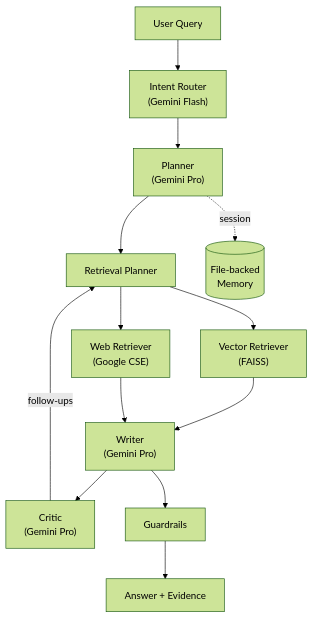
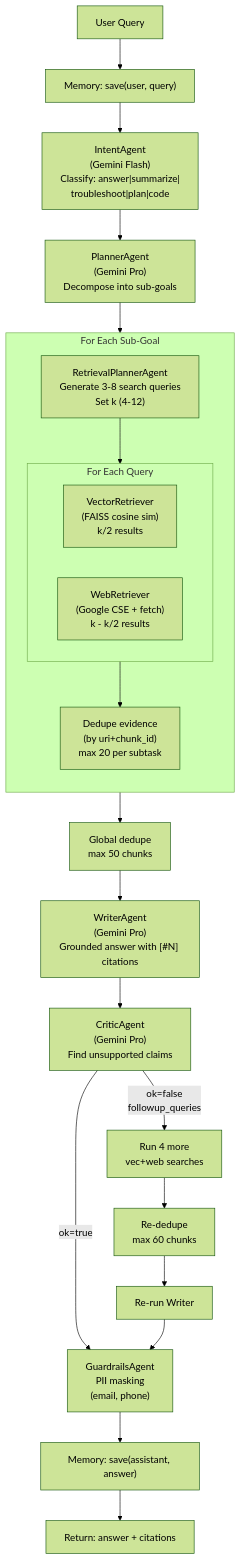
One commit to hoangsonww/Agentic-AI-Pipeline changed diagram 14 of 25 in ARCHITECTURE.md. Above: the diagram before and after it, drawn with Mermaid (forest theme). The commit also changed other lines of this file, not shown here.

First line of the commit message:
docs: enhance ARCHITECTURE.md with comprehensive pipeline documentation

````diff
--- a/ARCHITECTURE.md
+++ b/ARCHITECTURE.md
@@ -659,15 +765,37 @@
 ```mermaid
 flowchart TD
-    USER["User Query"] --> IR["Intent Router\n(Gemini Flash)"]
-    IR --> PLAN["Planner\n(Gemini Pro)"]
-    PLAN --> RP["Retrieval Planner"]
-    RP --> VR["Vector Retriever\n(FAISS)"]
-    RP --> WR["Web Retriever\n(Google CSE)"]
-    VR --> WRITER["Writer\n(Gemini Pro)"]
-    WR --> WRITER
-    WRITER --> CRITIC["Critic\n(Gemini Pro)"]
-    CRITIC -->|"follow-ups"| RP
-    WRITER --> GUARD["Guardrails"]
-    GUARD --> ANSWER["Answer + Evidence"]
-    PLAN -.->|"session"| MEM[("File-backed\nMemory")]
+    USER["User Query"] --> MEM_SAVE["Memory: save(user, query)"]
+    MEM_SAVE --> INTENT["IntentAgent\n(Gemini Flash)\nClassify: answer|summarize|\ntroubleshoot|plan|code"]
+
+    INTENT --> PLANNER["PlannerAgent\n(Gemini Pro)\nDecompose into sub-goals"]
+
+    PLANNER --> SUBTASK_LOOP
+
+    subgraph SUBTASK_LOOP["For Each Sub-Goal"]
+        direction TB
+        RET_PLAN["RetrievalPlannerAgent\nGenerate 3-8 search queries\nSet k (4-12)"]
+        RET_PLAN --> QUERY_LOOP
+
+        subgraph QUERY_LOOP["For Each Query"]
+            direction LR
+            VEC["VectorRetriever\n(FAISS cosine sim)\nk/2 results"]
+            WEB["WebRetriever\n(Google CSE + fetch)\nk - k/2 results"]
+        end
+
+        QUERY_LOOP --> DEDUPE_LOCAL["Dedupe evidence\n(by uri+chunk_id)\nmax 20 per subtask"]
+    end
+
+    SUBTASK_LOOP --> DEDUPE_GLOBAL["Global dedupe\nmax 50 chunks"]
+    DEDUPE_GLOBAL --> WRITER["WriterAgent\n(Gemini Pro)\nGrounded answer with [#N] citations"]
+
+    WRITER --> CRITIC["CriticAgent\n(Gemini Pro)\nFind unsupported claims"]
+
+    CRITIC -->|"ok=true"| GUARD["GuardrailsAgent\nPII masking\n(email, phone)"]
+    CRITIC -->|"ok=false\nfollowup_queries"| FOLLOWUP["Run 4 more\nvec+web searches"]
+    FOLLOWUP --> DEDUPE2["Re-dedupe\nmax 60 chunks"]
+    DEDUPE2 --> WRITER2["Re-run Writer"]
+    WRITER2 --> GUARD
+
+    GUARD --> MEM_SAVE2["Memory: save(assistant, answer)"]
+    MEM_SAVE2 --> OUTPUT["Return: answer + citations"]
 ```
````
